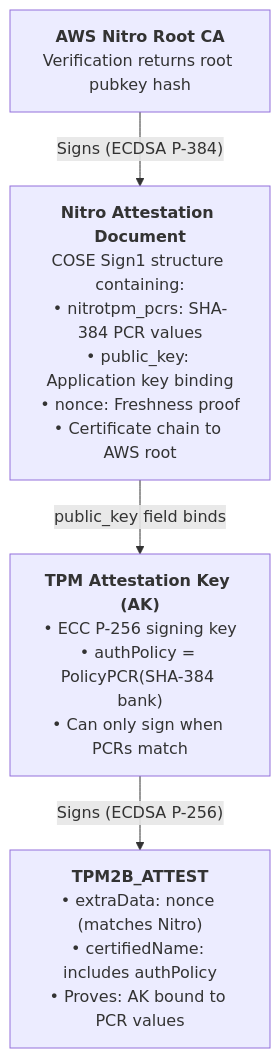
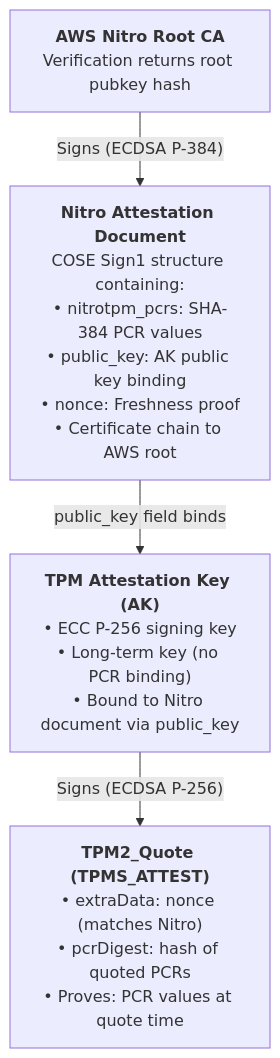
Before and after one commit to lockboot/vaportpm: the diagram in crates/vaportpm-attest/AWS-NITRO.md, drawn with Mermaid. The commit also changed other lines of this file and 33 other files, not shown here.

````diff
--- a/crates/vaportpm-attest/AWS-NITRO.md
+++ b/crates/vaportpm-attest/AWS-NITRO.md
@@ -16,11 +16,11 @@
 ```mermaid
 flowchart TD
     A["<b>AWS Nitro Root CA</b><br/>Verification returns root pubkey hash"]
-    B["<b>Nitro Attestation Document</b><br/>COSE Sign1 structure containing:<br/>• nitrotpm_pcrs: SHA-384 PCR values<br/>• public_key: Application key binding<br/>• nonce: Freshness proof<br/>• Certificate chain to AWS root"]
-    C["<b>TPM Attestation Key (AK)</b><br/>• ECC P-256 signing key<br/>• authPolicy = PolicyPCR(SHA-384 bank)<br/>• Can only sign when PCRs match"]
-    D["<b>TPM2B_ATTEST</b><br/>• extraData: nonce (matches Nitro)<br/>• certifiedName: includes authPolicy<br/>• Proves: AK bound to PCR values"]
+    B["<b>Nitro Attestation Document</b><br/>COSE Sign1 structure containing:<br/>• nitrotpm_pcrs: SHA-384 PCR values<br/>• public_key: AK public key binding<br/>• nonce: Freshness proof<br/>• Certificate chain to AWS root"]
+    C["<b>TPM Attestation Key (AK)</b><br/>• ECC P-256 signing key<br/>• Long-term key (no PCR binding)<br/>• Bound to Nitro document via public_key"]
+    D["<b>TPM2_Quote (TPMS_ATTEST)</b><br/>• extraData: nonce (matches Nitro)<br/>• pcrDigest: hash of quoted PCRs<br/>• Proves: PCR values at quote time"]
 
     A -->|"Signs (ECDSA P-384)"| B
     B -->|"public_key field binds"| C
     C -->|"Signs (ECDSA P-256)"| D
 ```
````
